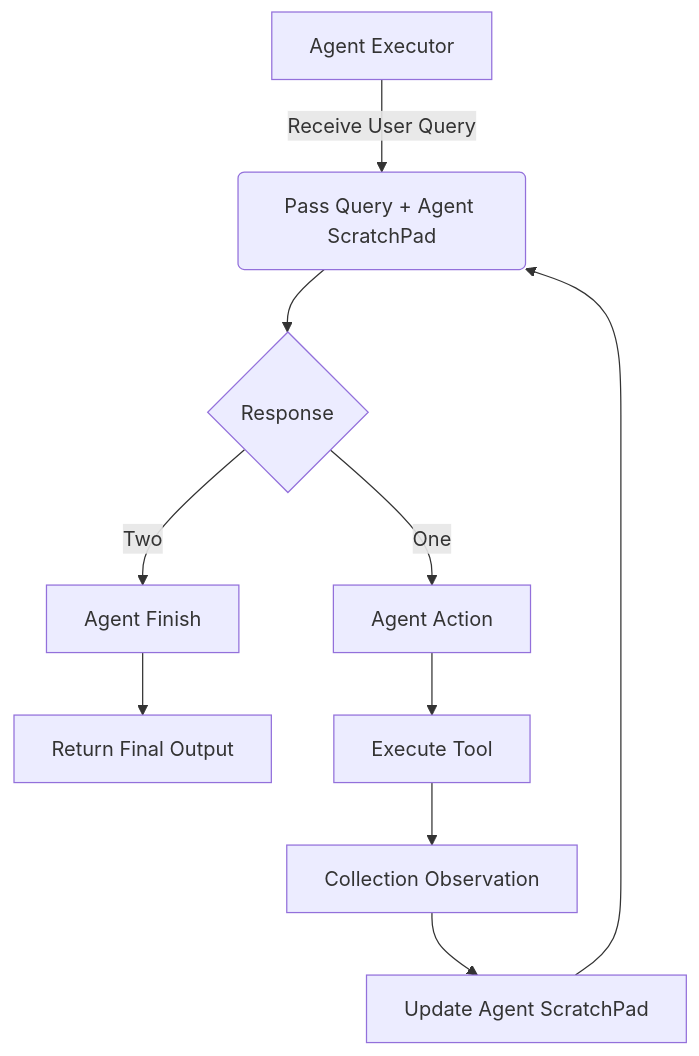
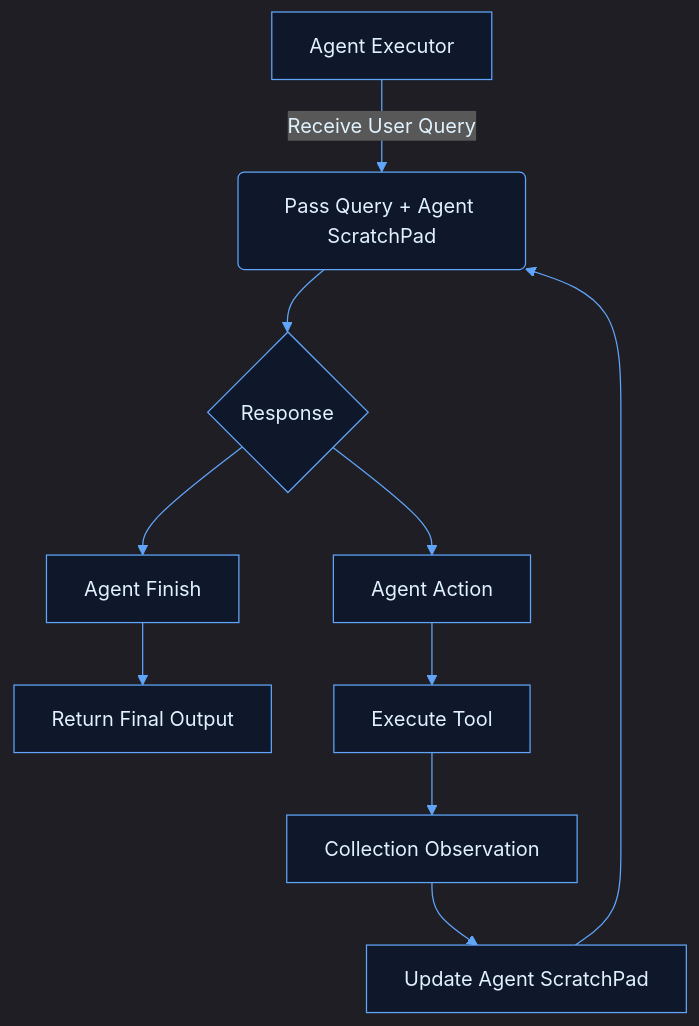
Before and after one commit to sonureso/notes: the diagram in 11_GenAI/01_LangChain/17_Basic_Agents.md, drawn with Mermaid.

Commit message:
color changed

````diff
--- a/11_GenAI/01_LangChain/17_Basic_Agents.md
+++ b/11_GenAI/01_LangChain/17_Basic_Agents.md
@@ -35,12 +35,28 @@
 ```mermaid
+%%{init: {
+  'theme': 'dark',
+  'themeVariables': {
+    'primaryColor': '#1e3a8a',
+    'primaryTextColor': '#e0f2fe',
+    'primaryBorderColor': '#60a5fa',
+    'lineColor': '#60a5fa',
+    'secondaryColor': '#312e81',
+    'tertiaryColor': '#1e2937',
+    'nodeBorder': '#60a5fa',
+    'mainBkg': '#0f172a',
+    'textColor': '#e0f2fe',
+    'fontSize': '16px'
+  }
+}}%%
+
 flowchart TD
     A[Agent Executor] -->|Receive User Query| B(Pass Query + Agent ScratchPad)
     B --> C{Response}
-    C -->|One| D[Agent Action]
-    C -->|Two| E[Agent Finish]
+    C --> D[Agent Action]
+    C --> E[Agent Finish]
     E --> F[Return Final Output]
     D --> T[Execute Tool]
     T --> G[Collection Observation]
     G --> U[Update Agent ScratchPad]
     U --> B
 ```
````
